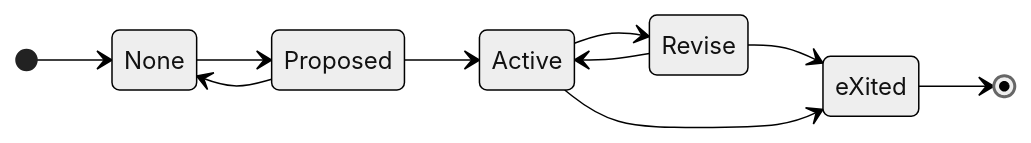
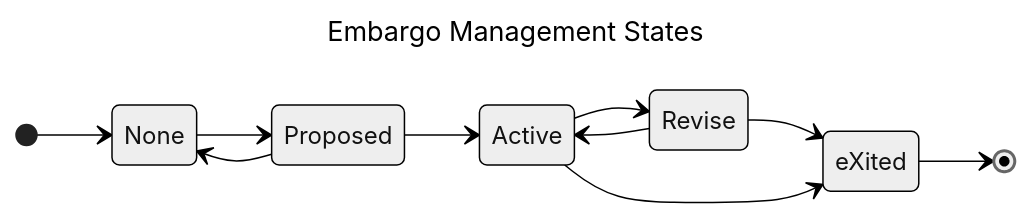
One commit to CERTCC/Vultron changed the third of 8 diagrams in docs/topics/process_models/em/index.md. Above: the diagram before and after it, drawn with Mermaid (neutral theme). The commit also changed other lines of this file and 19 other files, not shown here.

````diff
--- a/docs/topics/process_models/em/index.md
+++ b/docs/topics/process_models/em/index.md
@@ -112,13 +111,16 @@
 ```mermaid
+---
+title: Embargo Management States
+---
 stateDiagram-v2
     direction LR
     [*] --> None
     None --> Proposed
     Proposed --> None
     Proposed --> Active
     Active --> Revise
     Revise --> Active
     Revise --> eXited
     Active --> eXited
     eXited --> [*]
 ```
````
